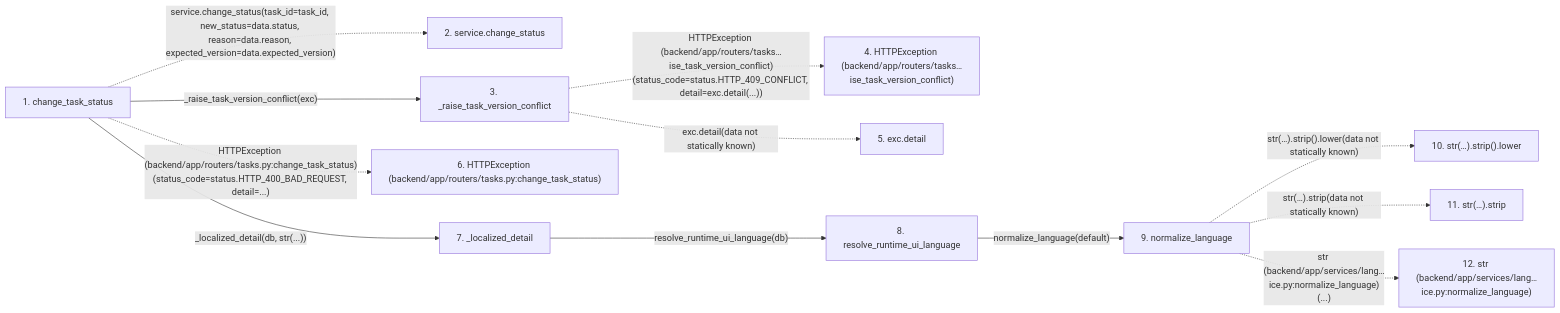
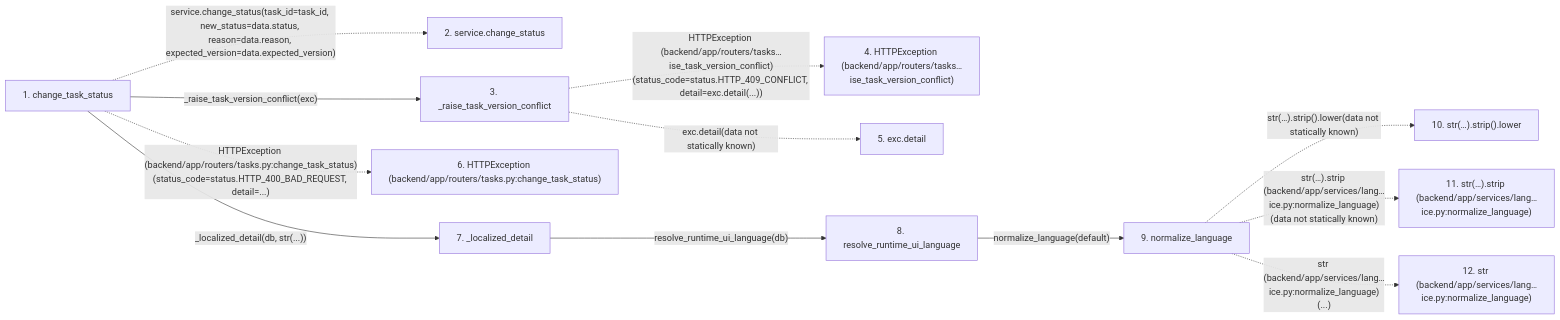
The second of 2 diagrams in docs/llm_wiki/flows/http-change_task_status.md (Denissvgn/WorkChord), drawn with Mermaid before and after one commit. The commit also changed other lines of this file and 25171 other files, not shown here.

````diff
--- a/docs/llm_wiki/flows/http-change_task_status.md
+++ b/docs/llm_wiki/flows/http-change_task_status.md
@@ -84,31 +139,31 @@
 ```mermaid
 flowchart LR
     s1["1. change_task_status"]
     s2["2. service.change_status"]
     s3["3. _raise_task_version_conflict"]
     s4["4. HTTPException (backend/app/routers/tasks…ise_task_version_conflict)"]
     s5["5. exc.detail"]
     s6["6. HTTPException (backend/app/routers/tasks.py:change_task_status)"]
     s7["7. _localized_detail"]
     s8["8. resolve_runtime_ui_language"]
     s9["9. normalize_language"]
     s10["10. str(…).strip().lower"]
-    s11["11. str(…).strip"]
+    s11["11. str(…).strip (backend/app/services/lang…ice.py:normalize_language)"]
     s12["12. str (backend/app/services/lang…ice.py:normalize_language)"]
     s1 -. "service.change_status(task_id=task_id, new_status=data.status, reason=data.reason, expected_version=data.expected_version)" .-> s2
     s1 -->|"_raise_task_version_conflict(exc)"| s3
     s3 -. "HTTPException (backend/app/routers/tasks…ise_task_version_conflict)(status_code=status.HTTP_409_CONFLICT, detail=exc.detail(...))" .-> s4
     s3 -. "exc.detail(data not statically known)" .-> s5
     s1 -. "HTTPException (backend/app/routers/tasks.py:change_task_status)(status_code=status.HTTP_400_BAD_REQUEST, detail=...)" .-> s6
     s1 -->|"_localized_detail(db, str(...))"| s7
     s7 -->|"resolve_runtime_ui_language(db)"| s8
     s8 -->|"normalize_language(default)"| s9
     s9 -. "str(…).strip().lower(data not statically known)" .-> s10
-    s9 -. "str(…).strip(data not statically known)" .-> s11
+    s9 -. "str(…).strip (backend/app/services/lang…ice.py:normalize_language)(data not statically known)" .-> s11
     s9 -. "str (backend/app/services/lang…ice.py:normalize_language)(...)" .-> s12
     click s1 "../modules/tasks.md"
     click s3 "../modules/tasks.md"
     click s7 "../modules/tasks.md"
     click s8 "../modules/language_service.md"
     click s9 "../modules/language_service.md"
 ```
````
